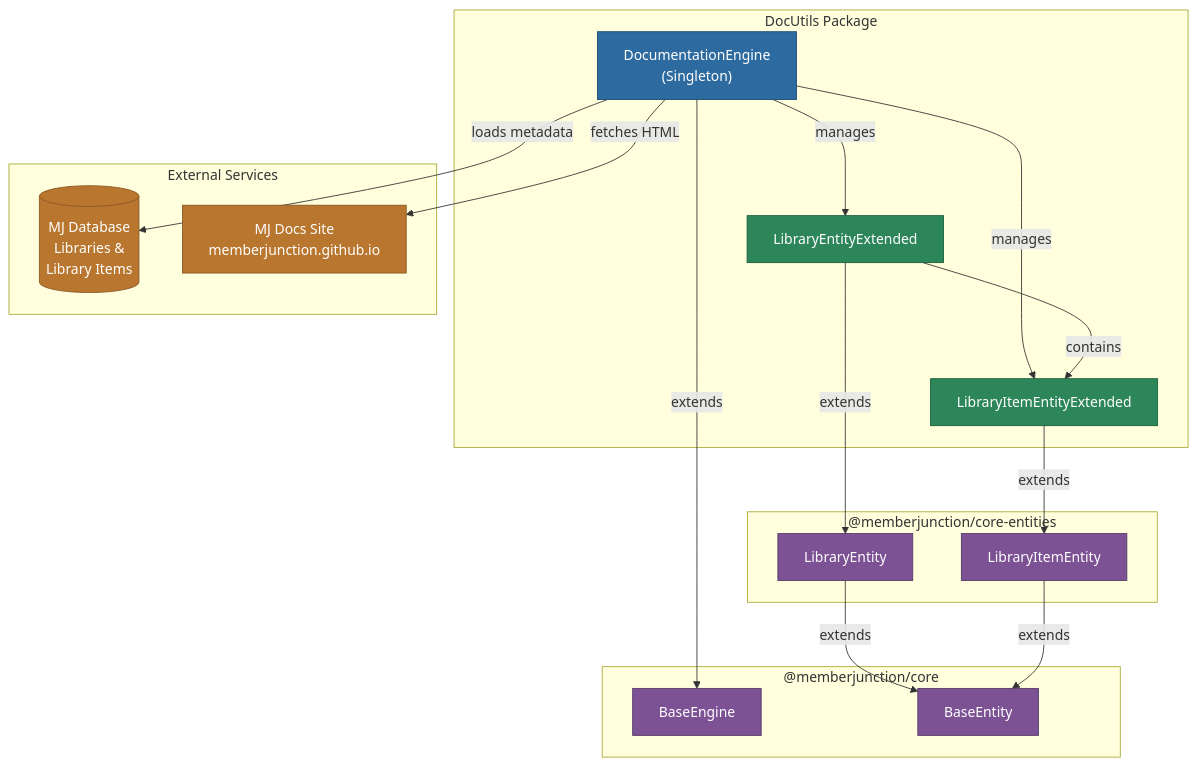
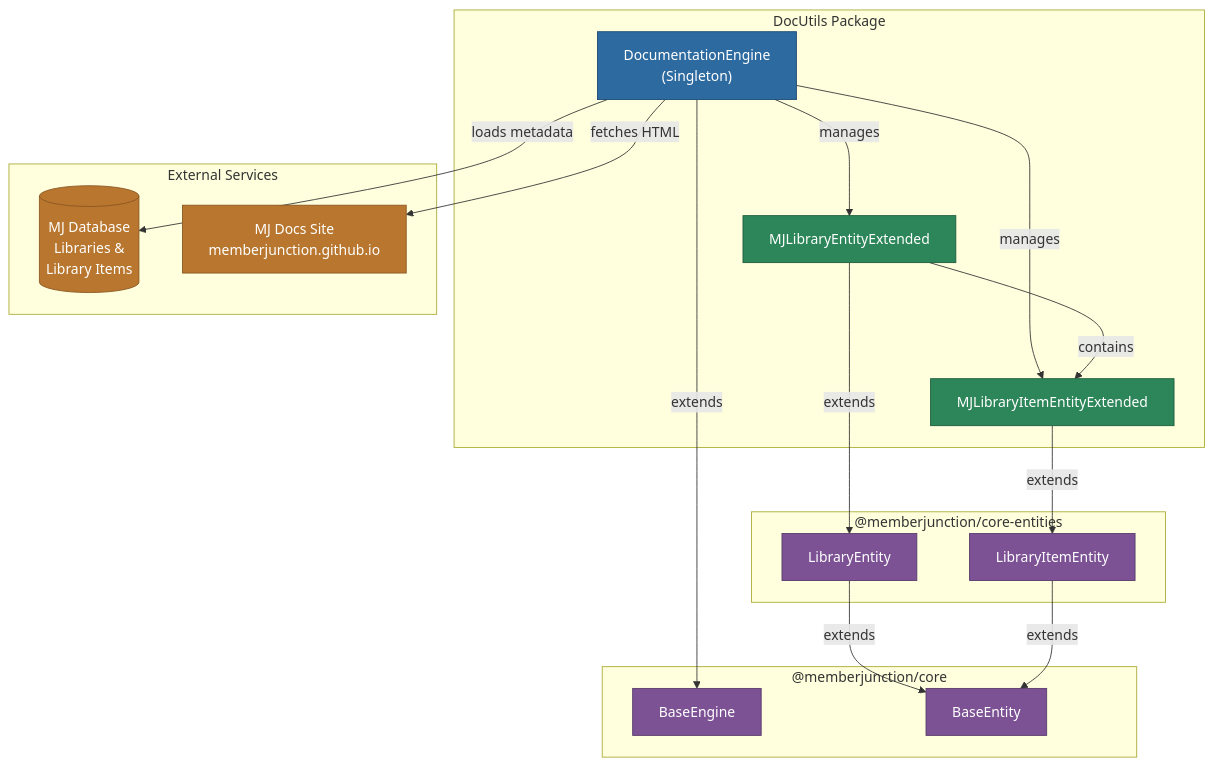
One commit to MemberJunction/MJ changed the first of 4 diagrams in packages/DocUtils/README.md. Above: the diagram before and after it, drawn with Mermaid. The commit also changed other lines of this file and 246 other files, not shown here.

````diff
--- a/packages/DocUtils/README.md
+++ b/packages/DocUtils/README.md
@@ -17,45 +17,45 @@
 ```mermaid
 graph TB
     subgraph DocUtils["DocUtils Package"]
         DE["DocumentationEngine<br/>(Singleton)"]
-        LEE["LibraryEntityExtended"]
-        LIEE["LibraryItemEntityExtended"]
+        LEE["MJLibraryEntityExtended"]
+        LIEE["MJLibraryItemEntityExtended"]
     end
 
     subgraph MJCore["@memberjunction/core"]
         BE["BaseEngine"]
         BEnt["BaseEntity"]
     end
 
     subgraph CoreEntities["@memberjunction/core-entities"]
         LE["LibraryEntity"]
         LIE["LibraryItemEntity"]
     end
 
     subgraph External["External Services"]
         DB[("MJ Database<br/>Libraries &<br/>Library Items")]
         DOCS["MJ Docs Site<br/>memberjunction.github.io"]
     end
 
     DE -->|extends| BE
     LEE -->|extends| LE
     LIEE -->|extends| LIE
     LE -->|extends| BEnt
     LIE -->|extends| BEnt
 
     DE -->|loads metadata| DB
     DE -->|fetches HTML| DOCS
     DE -->|manages| LEE
     DE -->|manages| LIEE
     LEE -->|contains| LIEE
 
     style DE fill:#2d6a9f,stroke:#1a4971,color:#fff
     style LEE fill:#2d8659,stroke:#1a5c3a,color:#fff
     style LIEE fill:#2d8659,stroke:#1a5c3a,color:#fff
     style BE fill:#7c5295,stroke:#563a6b,color:#fff
     style BEnt fill:#7c5295,stroke:#563a6b,color:#fff
     style LE fill:#7c5295,stroke:#563a6b,color:#fff
     style LIE fill:#7c5295,stroke:#563a6b,color:#fff
     style DB fill:#b8762f,stroke:#8a5722,color:#fff
     style DOCS fill:#b8762f,stroke:#8a5722,color:#fff
 ```
````
